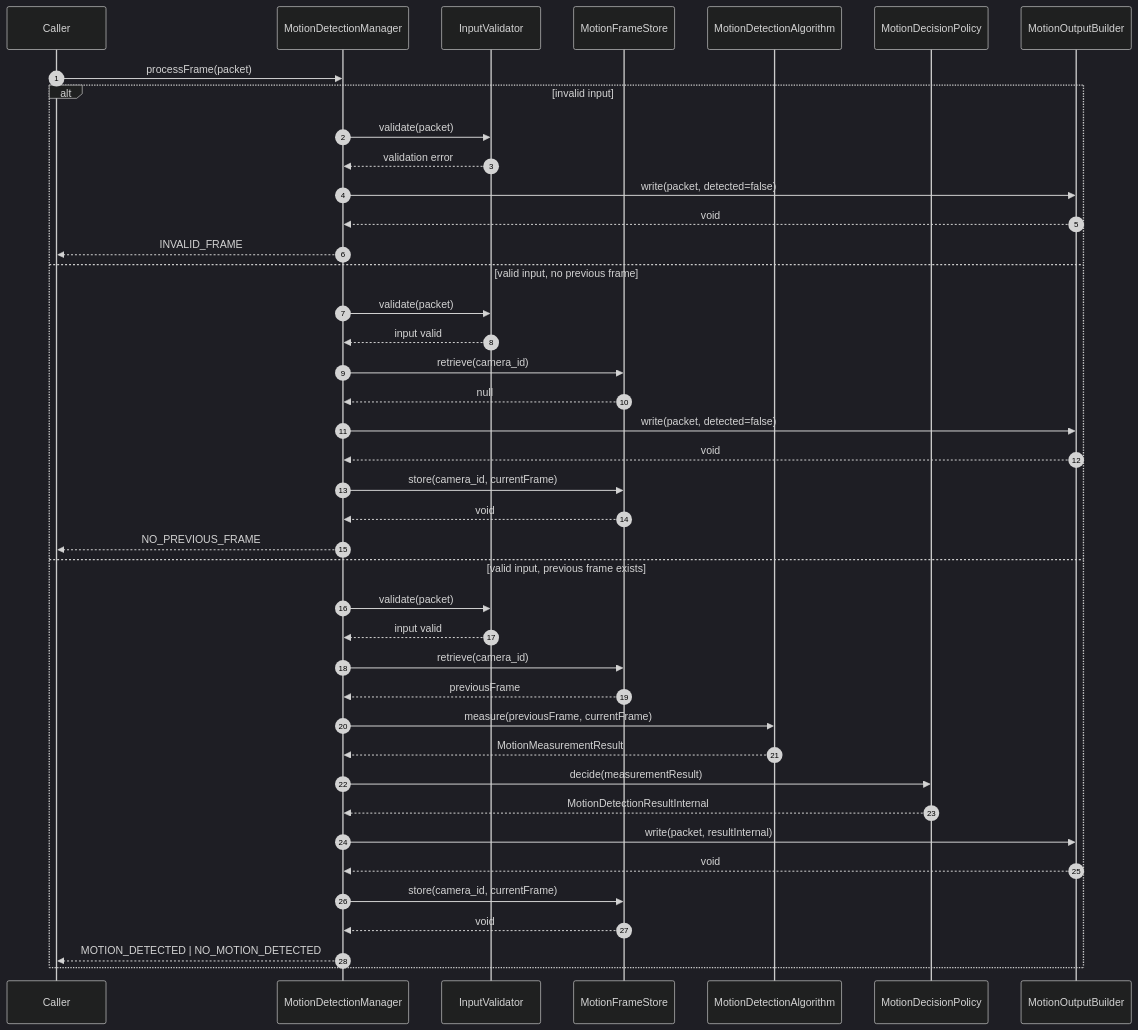
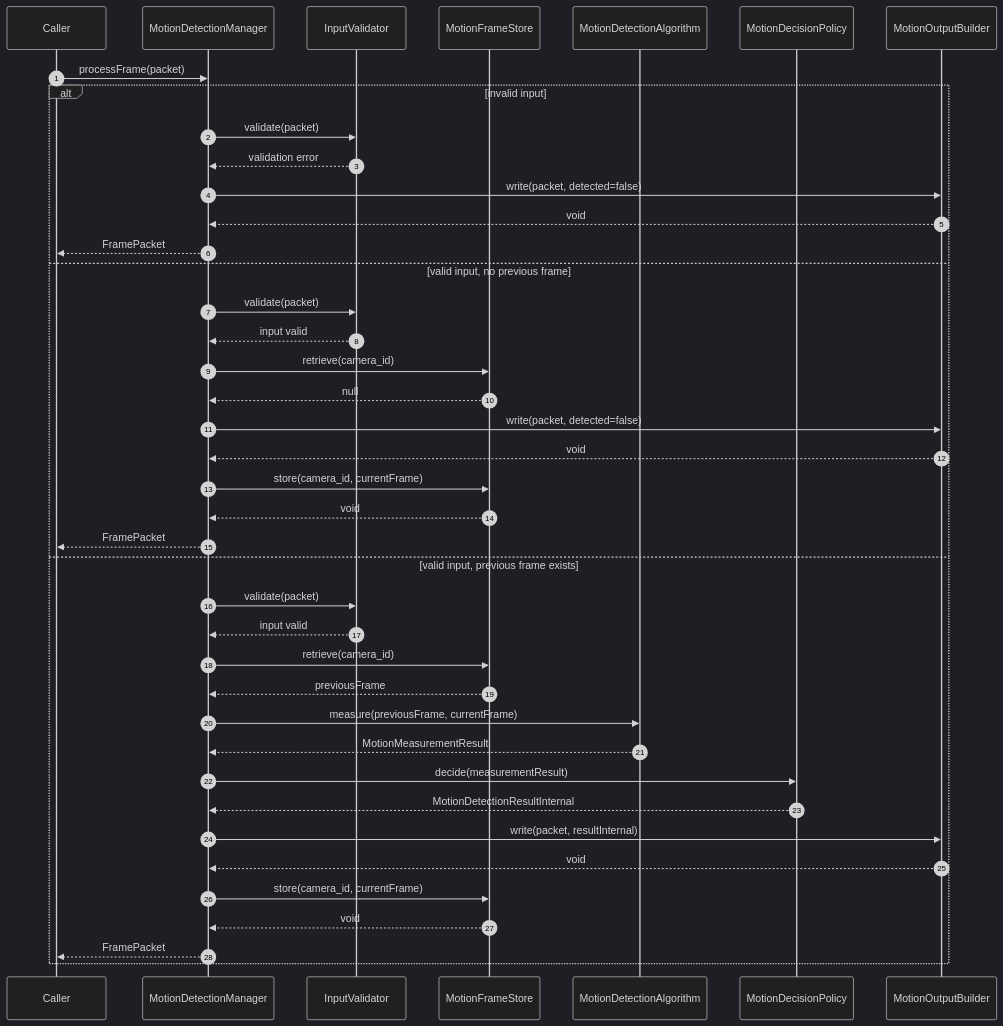
The second of 3 diagrams in doc/image_processing_service/motion_detection.md (talifruman/camera-recognition), drawn with Mermaid (dark theme) before and after one commit. The commit also changed other lines of this file and 142 other files, not shown here.

````diff
--- a/doc/image_processing_service/motion_detection.md
+++ b/doc/image_processing_service/motion_detection.md
@@ -468,45 +464,45 @@
 ```mermaid
 sequenceDiagram
     autonumber
     participant Caller
     participant Manager as MotionDetectionManager
     participant Validator as InputValidator
     participant Store as MotionFrameStore
     participant Alg as MotionDetectionAlgorithm
     participant Policy as MotionDecisionPolicy
     participant Builder as MotionOutputBuilder
 
     Caller->>Manager: processFrame(packet)
 
     alt invalid input
         Manager->>Validator: validate(packet)
         Validator-->>Manager: validation error
         Manager->>Builder: write(packet, detected=false)
         Builder-->>Manager: void
-        Manager-->>Caller: INVALID_FRAME
+        Manager-->>Caller: FramePacket
     else valid input, no previous frame
         Manager->>Validator: validate(packet)
         Validator-->>Manager: input valid
         Manager->>Store: retrieve(camera_id)
         Store-->>Manager: null
         Manager->>Builder: write(packet, detected=false)
         Builder-->>Manager: void
         Manager->>Store: store(camera_id, currentFrame)
         Store-->>Manager: void
-        Manager-->>Caller: NO_PREVIOUS_FRAME
+        Manager-->>Caller: FramePacket
     else valid input, previous frame exists
         Manager->>Validator: validate(packet)
         Validator-->>Manager: input valid
         Manager->>Store: retrieve(camera_id)
         Store-->>Manager: previousFrame
         Manager->>Alg: measure(previousFrame, currentFrame)
         Alg-->>Manager: MotionMeasurementResult
         Manager->>Policy: decide(measurementResult)
         Policy-->>Manager: MotionDetectionResultInternal
         Manager->>Builder: write(packet, resultInternal)
         Builder-->>Manager: void
         Manager->>Store: store(camera_id, currentFrame)
         Store-->>Manager: void
-        Manager-->>Caller: MOTION_DETECTED | NO_MOTION_DETECTED
+        Manager-->>Caller: FramePacket
     end
 ```
````
